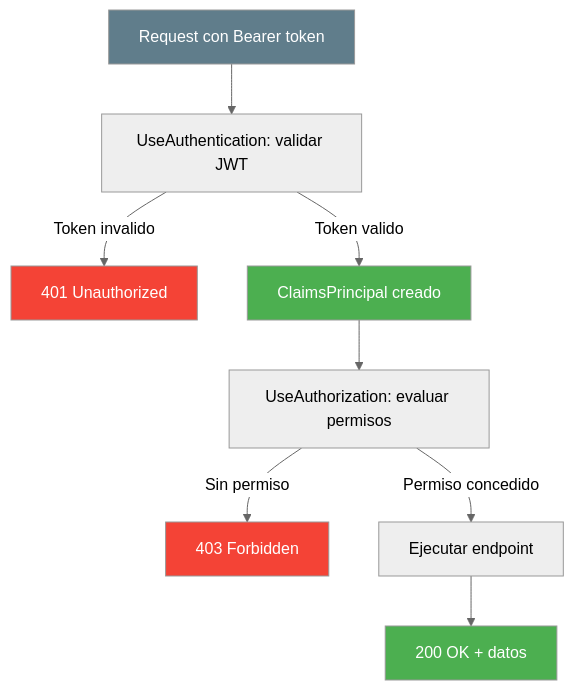
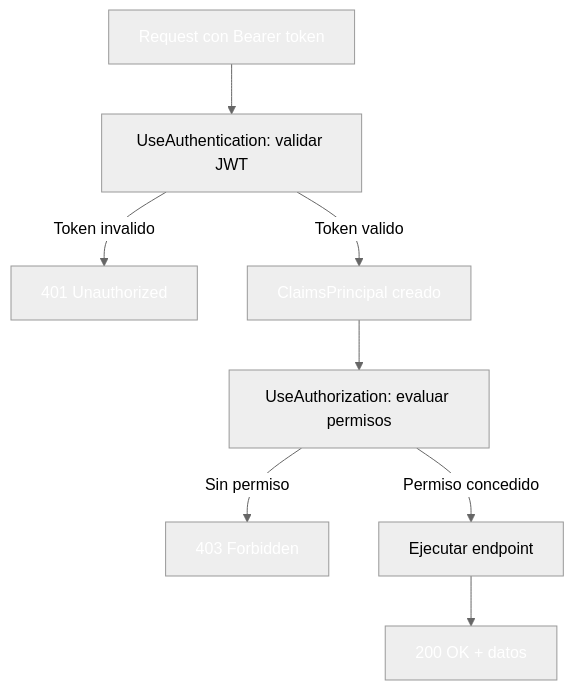
Before and after one commit to joseluisgs/DesarrolloWebEntornosServidor-02-2026-2027: the second of 14 diagrams in 17-autorizacion.md, drawn with Mermaid (neutral theme). The commit also changed other lines of this file and 41 other files, not shown here.

````diff
--- a/17-autorizacion.md
+++ b/17-autorizacion.md
@@ -97,16 +97,16 @@
 ```mermaid
 flowchart TD
     A["Request con Bearer token"] --> B["UseAuthentication: validar JWT"]
     B -->|Token invalido| C["401 Unauthorized"]
     B -->|Token valido| D["ClaimsPrincipal creado"]
     D --> E["UseAuthorization: evaluar permisos"]
     E -->|Sin permiso| F["403 Forbidden"]
     E -->|Permiso concedido| G["Ejecutar endpoint"]
     G --> H["200 OK + datos"]
 
-    style A fill:#607D8B,color:#fff
-    style C fill:#f44336,color:#fff
-    style D fill:#4CAF50,color:#fff
-    style F fill:#f44336,color:#fff
-    style H fill:#4CAF50,color:#fff
+    style A fill:#607D8,color:#fffB,color:#fff
+    style C fill:#f4433,color:#fff6,color:#fff
+    style D fill:#4CAF5,color:#fff0,color:#fff
+    style F fill:#f4433,color:#fff6,color:#fff
+    style H fill:#4CAF5,color:#fff0,color:#fff
 ```
````
